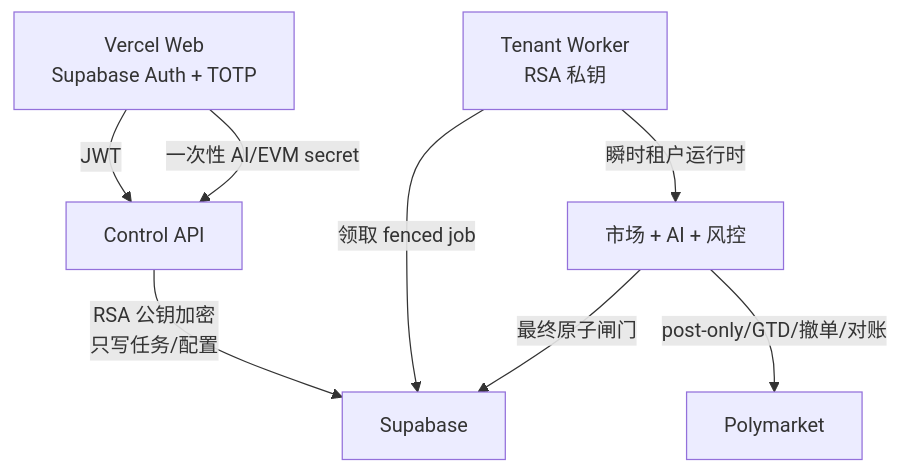
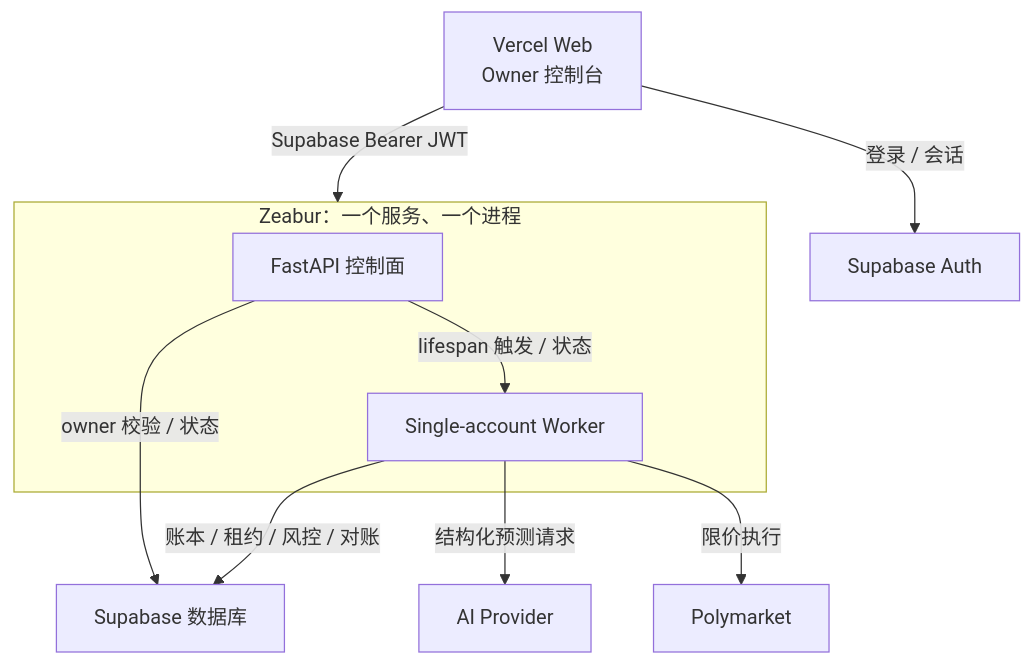
The first of 2 diagrams in docs/ARCHITECTURE.md (j051048/poly-flydao), drawn with Mermaid before and after one commit. The commit also changed other lines of this file and 46 other files, not shown here.

First line of the commit message:
feat: implement personal single-user runtime engine and config verification

````diff
--- a/docs/ARCHITECTURE.md
+++ b/docs/ARCHITECTURE.md
@@ -5,10 +5,14 @@
 ```mermaid
 flowchart TB
-  V["Vercel Web<br/>Supabase Auth + TOTP"] -->|"JWT"| A["Control API"]
-  V -->|"一次性 AI/EVM secret"| A
-  A -->|"RSA 公钥加密<br/>只写任务/配置"| S["Supabase"]
-  W["Tenant Worker<br/>RSA 私钥"] -->|"领取 fenced job"| S
-  W -->|"瞬时租户运行时"| M["市场 + AI + 风控"]
-  M -->|"最终原子闸门"| S
-  M -->|"post-only/GTD/撤单/对账"| P["Polymarket"]
+  V["Vercel Web<br/>Owner 控制台"] -->|"登录 / 会话"| A["Supabase Auth"]
+  V -->|"Supabase Bearer JWT"| Z["Zeabur Personal Service"]
+  subgraph Z["Zeabur：一个服务、一个进程"]
+    API["FastAPI 控制面"]
+    W["Single-account Worker"]
+    API -->|"lifespan 触发 / 状态"| W
+  end
+  API -->|"owner 校验 / 状态"| S["Supabase 数据库"]
+  W -->|"账本 / 租约 / 风控 / 对账"| S
+  W -->|"结构化预测请求"| AI["AI Provider"]
+  W -->|"限价执行"| P["Polymarket"]
 ```
````
